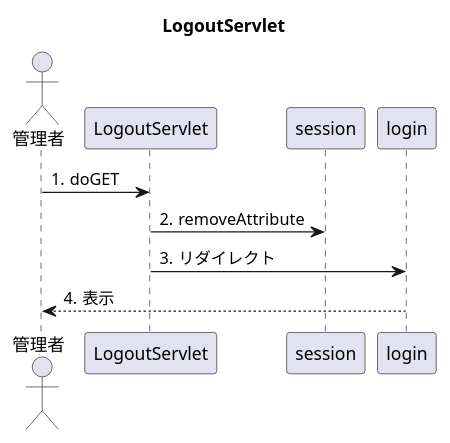
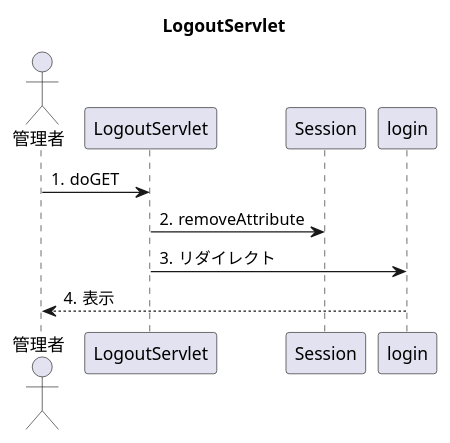
Before and after one commit to toufu66/ProjectC: the diagram in uml_detail/seq_logout.pu, drawn with PlantUML.

Commit message:
軽微な修正

```diff
--- a/uml_detail/seq_logout.pu
+++ b/uml_detail/seq_logout.pu
@@ -1,17 +1,17 @@
 @startuml
 
 title LogoutServlet
 
 autonumber "#."
 
 actor 管理者
 participant LogoutServlet
 
-participant session
+participant Session
 管理者 -> LogoutServlet:doGET
-LogoutServlet-> session:removeAttribute
+LogoutServlet-> Session:removeAttribute
 LogoutServlet->login:リダイレクト
 login--> 管理者:表示
 
 
 @enduml
```
